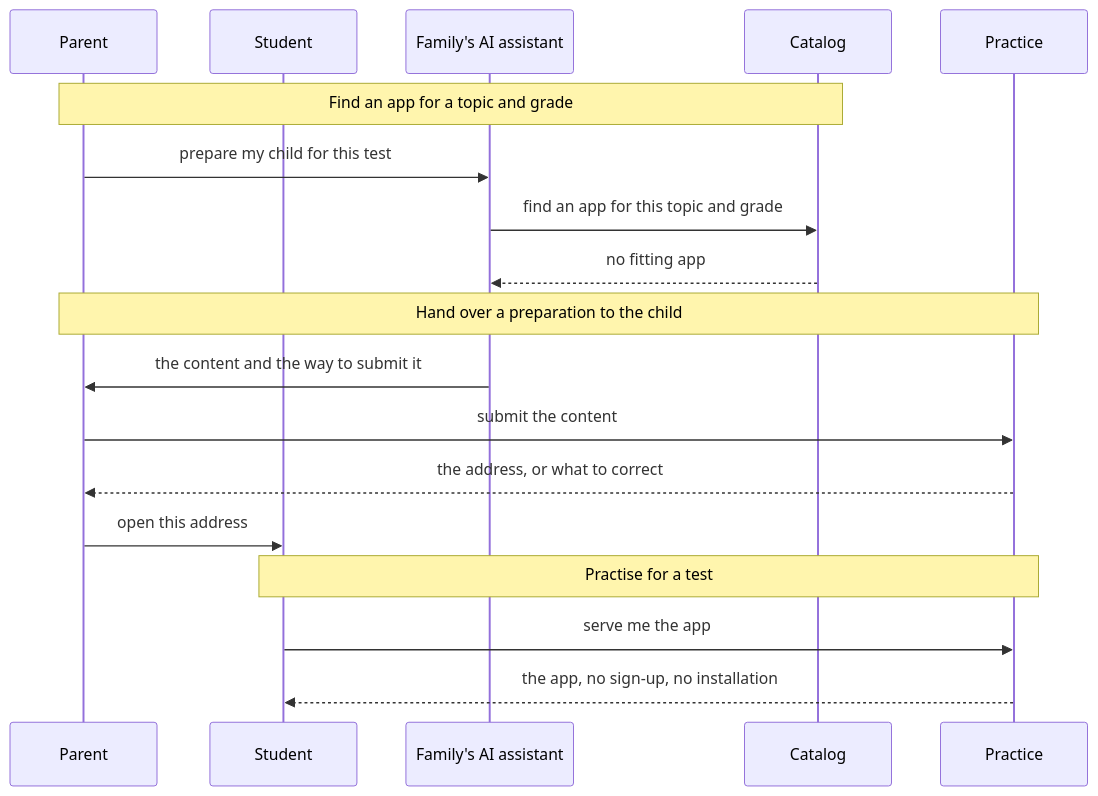
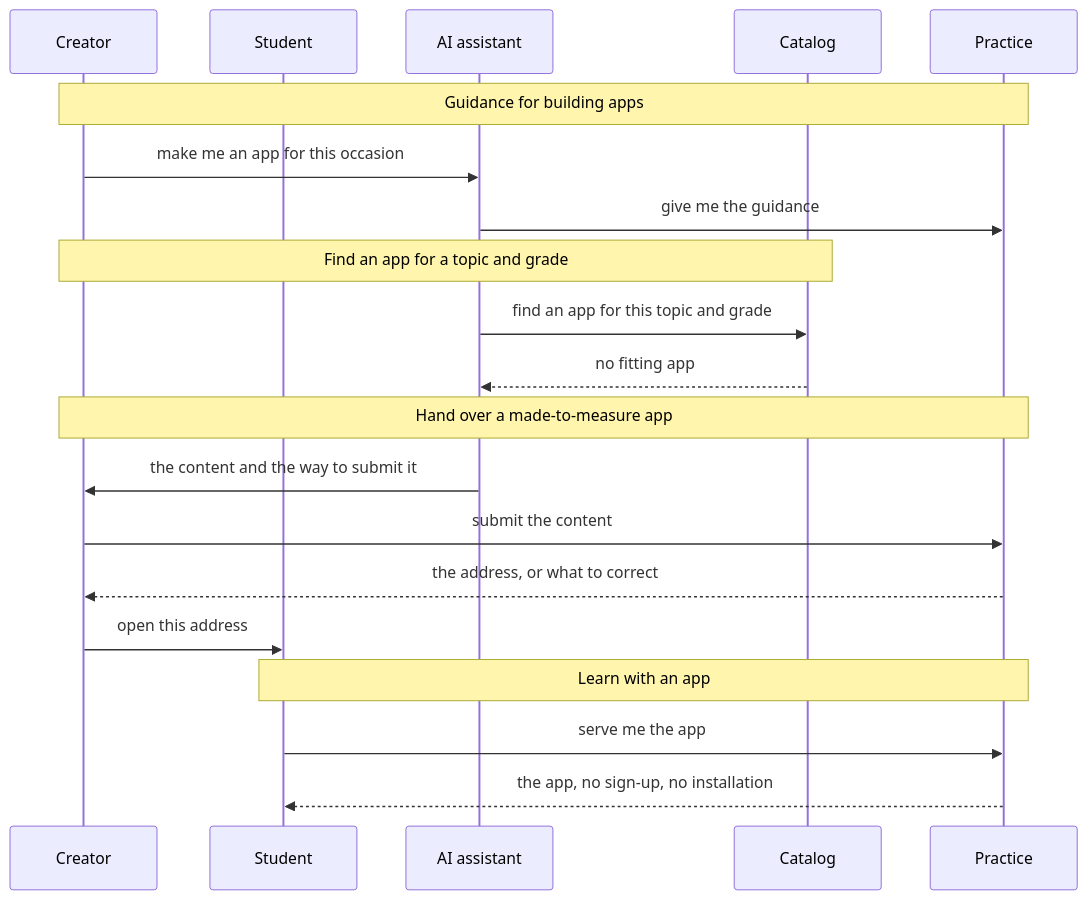
The fourth of 7 diagrams in docs/arc42/06-runtime-view.arc42.md (lernapps/docs), drawn with Mermaid before and after one commit. The commit also changed other lines of this file and 8 other files, not shown here.

First line of the commit message:
refactor: model the made-to-measure app as a creator's journey

````diff
--- a/docs/arc42/06-runtime-view.arc42.md
+++ b/docs/arc42/06-runtime-view.arc42.md
@@ -192,20 +192,22 @@
 ```mermaid
 sequenceDiagram
-    participant parent as Parent
+    participant creator as Creator
     participant student as Student
-    participant assistant as Family's AI assistant
+    participant assistant as AI assistant
     participant catalog as Catalog
     participant practice as Practice
-    Note over parent,catalog: Find an app for a topic and grade
-    parent->>assistant: prepare my child for this test
+    Note over creator,practice: Guidance for building apps
+    creator->>assistant: make me an app for this occasion
+    assistant->>practice: give me the guidance
+    Note over creator,catalog: Find an app for a topic and grade
     assistant->>catalog: find an app for this topic and grade
     catalog-->>assistant: no fitting app
-    Note over parent,practice: Hand over a preparation to the child
-    assistant->>parent: the content and the way to submit it
-    parent->>practice: submit the content
-    practice-->>parent: the address, or what to correct
-    parent->>student: open this address
-    Note over student,practice: Practise for a test
+    Note over creator,practice: Hand over a made-to-measure app
+    assistant->>creator: the content and the way to submit it
+    creator->>practice: submit the content
+    practice-->>creator: the address, or what to correct
+    creator->>student: open this address
+    Note over student,practice: Learn with an app
     student->>practice: serve me the app
     practice-->>student: the app, no sign-up, no installation
 ```
````
